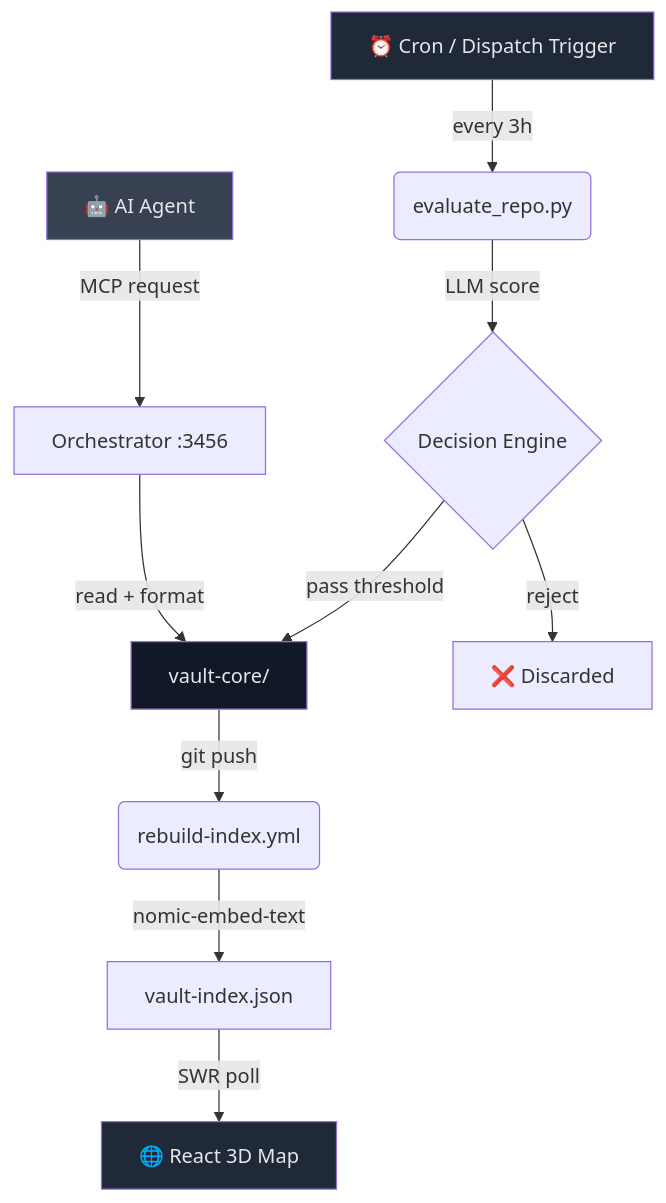
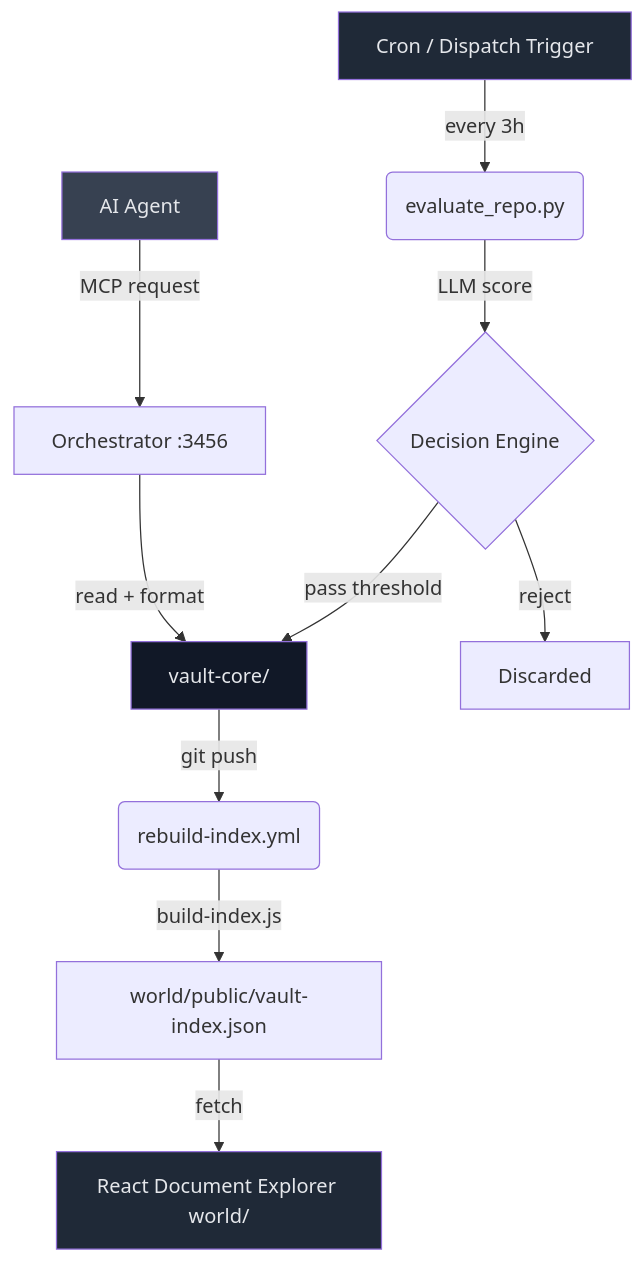
The diagram in README.md (SAIRAMANALADI/vybe-intelligence-vault), drawn with Mermaid before and after one commit. The commit also changed other lines of this file and 60845 other files, not shown here.

Commit message:
fix(production): comprehensive repo repair across security, git hygiene, index streaming, workflows, and frontend

````diff
--- a/README.md
+++ b/README.md
@@ -98,17 +103,17 @@
 ```mermaid
 graph TD
-    A[⏰ Cron / Dispatch Trigger] -->|every 3h| B(evaluate_repo.py)
+    A[Cron / Dispatch Trigger] -->|every 3h| B(evaluate_repo.py)
     B -->|LLM score| C{Decision Engine}
     C -->|pass threshold| D[vault-core/]
-    C -->|reject| X[❌ Discarded]
+    C -->|reject| X[Discarded]
     D -->|git push| E(rebuild-index.yml)
-    E -->|nomic-embed-text| F[vault-index.json]
-    F -->|SWR poll| G[🌐 React 3D Map]
-    H[🤖 AI Agent] -->|MCP request| I[Orchestrator :3456]
+    E -->|build-index.js| F[world/public/vault-index.json]
+    F -->|fetch| G[React Document Explorer world/]
+    H[AI Agent] -->|MCP request| I[Orchestrator :3456]
     I -->|read + format| D
 
     style A fill:#1f2937,color:#e5e7eb
     style D fill:#111827,color:#e5e7eb
     style G fill:#1f2937,color:#e5e7eb
     style H fill:#374151,color:#e5e7eb
 ```
````
